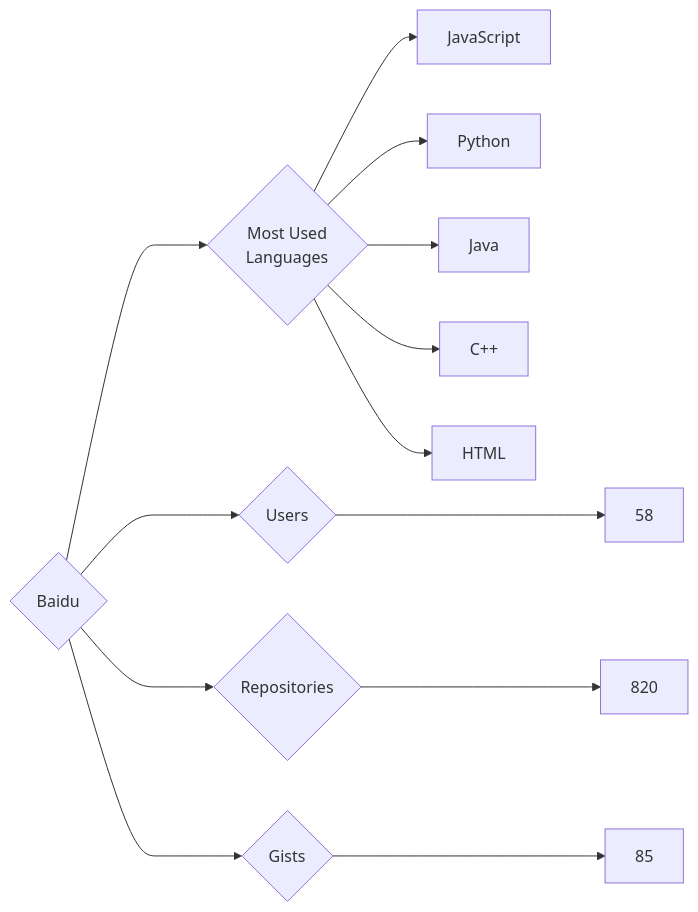
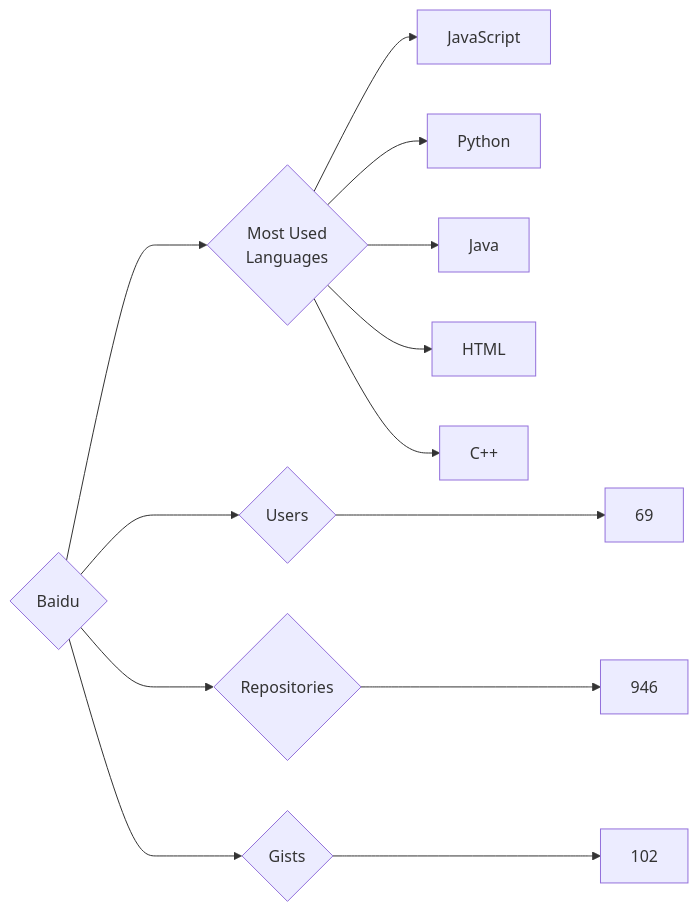
One commit to trickest/insiders changed the diagram in targets/Baidu/README.md. Above: the diagram before and after it, drawn with Mermaid. The commit also changed 718 other files, not shown here.

````diff
--- a/targets/Baidu/README.md
+++ b/targets/Baidu/README.md
@@ -3,13 +3,13 @@
 ```mermaid
 graph LR
 COMPANY_NAME{Baidu}
-COMPANY_NAME ---> U{Users} ---> UN[58]
-COMPANY_NAME ---> R{Repositories} ---> RN[820]
-COMPANY_NAME ---> G{Gists} ---> GN[85]
+COMPANY_NAME ---> U{Users} ---> UN[69]
+COMPANY_NAME ---> R{Repositories} ---> RN[946]
+COMPANY_NAME ---> G{Gists} ---> GN[102]
 COMPANY_NAME ---> ML{Most Used<br>Languages}
 ML --> JavaScript[JavaScript]
 ML --> Python[Python]
 ML --> Java[Java]
+ML --> HTML[HTML]
 ML --> C++[C++]
-ML --> HTML[HTML]
 ```
````
